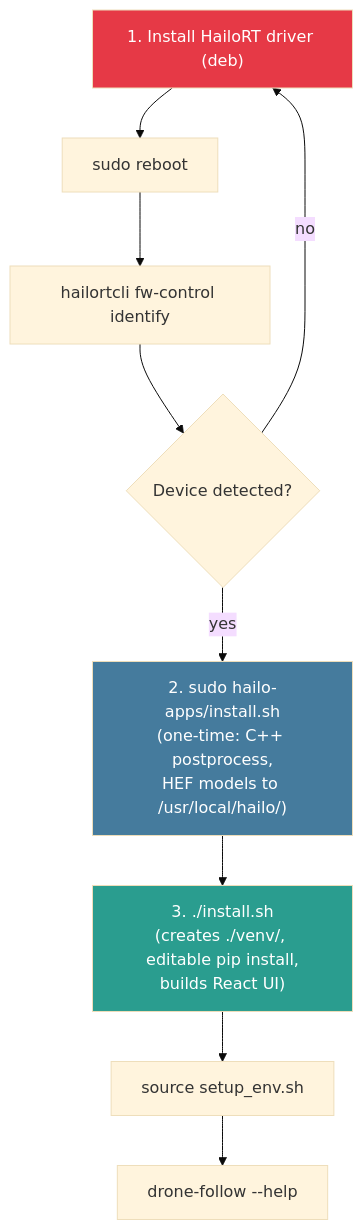
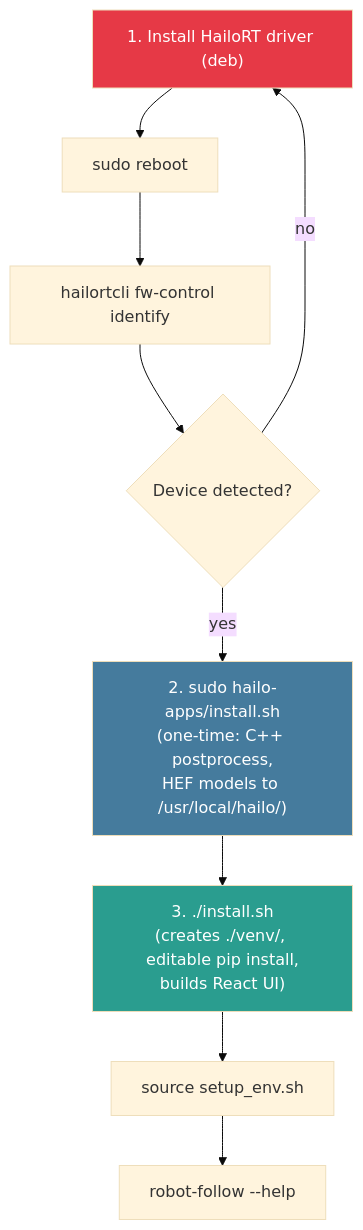
One commit to guyzigdons-apps/hailo-drone-follow changed the ninth of 11 diagrams in docs/design-review.md. Above: the diagram before and after it, drawn with Mermaid (base theme). The commit also changed other lines of this file and 76 other files, not shown here.

First line of the commit message:
refactor(01-02): rename drone_follow -> robot_follow (v1.1 milestone shaper)

````diff
--- a/docs/design-review.md
+++ b/docs/design-review.md
@@ -471,15 +471,15 @@
 ```mermaid
 flowchart TD
     A["1. Install HailoRT driver (deb)"] --> B["sudo reboot"]
     B --> C["hailortcli fw-control identify"]
     C --> D{"Device detected?"}
     D -->|no| A
     D -->|yes| E["2. sudo hailo-apps/install.sh<br/>(one-time: C++ postprocess,<br/>HEF models to /usr/local/hailo/)"]
     E --> F["3. ./install.sh<br/>(creates ./venv/, editable pip install,<br/>builds React UI)"]
     F --> G["source setup_env.sh"]
-    G --> H["drone-follow --help"]
+    G --> H["robot-follow --help"]
 
     style A fill:#e63946,color:#fff
     style E fill:#457b9d,color:#fff
     style F fill:#2a9d8f,color:#fff
 ```
````
